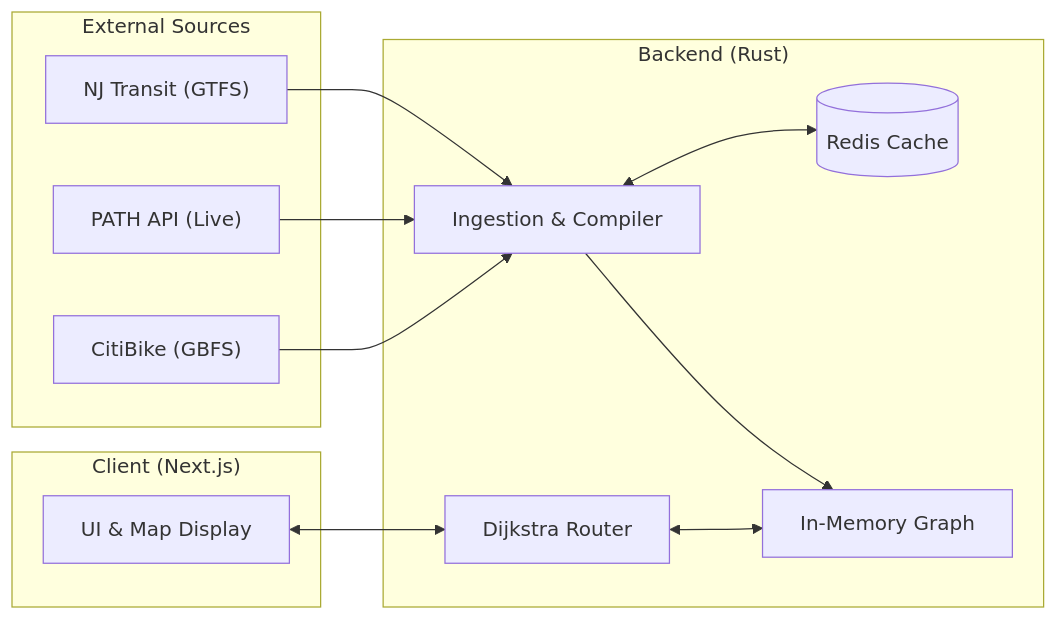
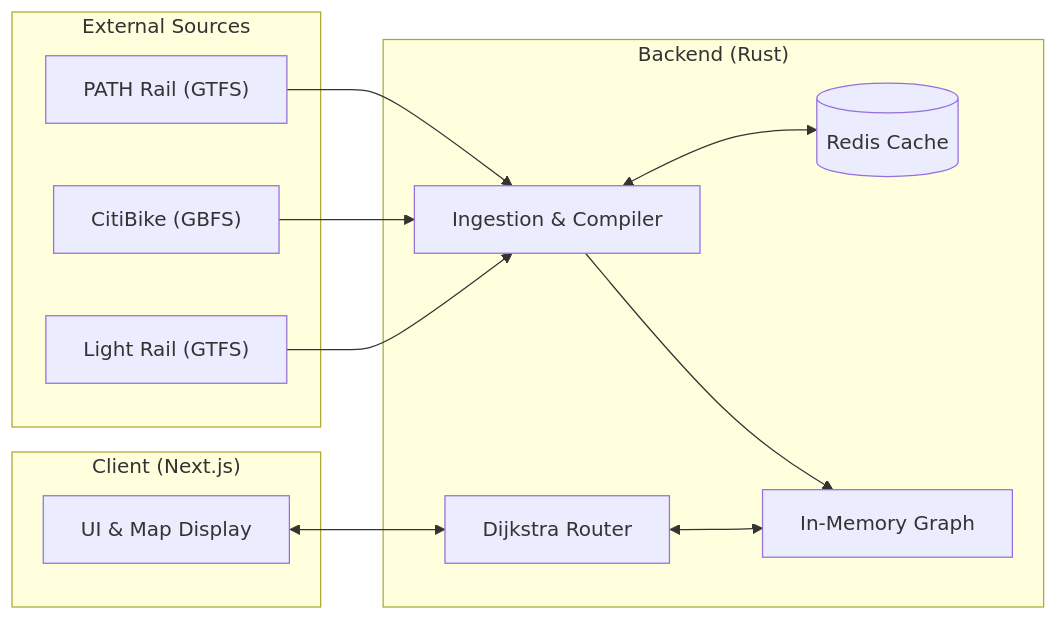
One commit to shivabalanb/nightowl changed the diagram in README.md. Above: the diagram before and after it, drawn with Mermaid. The commit also changed other lines of this file and 6 other files, not shown here.

````diff
--- a/README.md
+++ b/README.md
@@ -9,26 +9,26 @@
 ```mermaid
 graph LR
     subgraph External ["External Sources"]
-        NJT["NJ Transit (GTFS)"]
-        PATH["PATH API (Live)"]
+        PATH["PATH Rail (GTFS)"]
         CB["CitiBike (GBFS)"]
+        HBLR["Light Rail (GTFS)"]
     end
 
     subgraph Backend ["Backend (Rust)"]
         ING["Ingestion & Compiler"]
         REDIS[("Redis Cache")]
         GRAPH["In-Memory Graph"]
         ROUTE["Dijkstra Router"]
         
         ING <--> REDIS
         ING --> GRAPH
         ROUTE <--> GRAPH
     end
 
     subgraph Client ["Client (Next.js)"]
         UI["UI & Map Display"]
     end
 
-    NJT & PATH & CB --> ING
+    PATH & CB & HBLR --> ING
     UI <--> ROUTE
 ```
````
